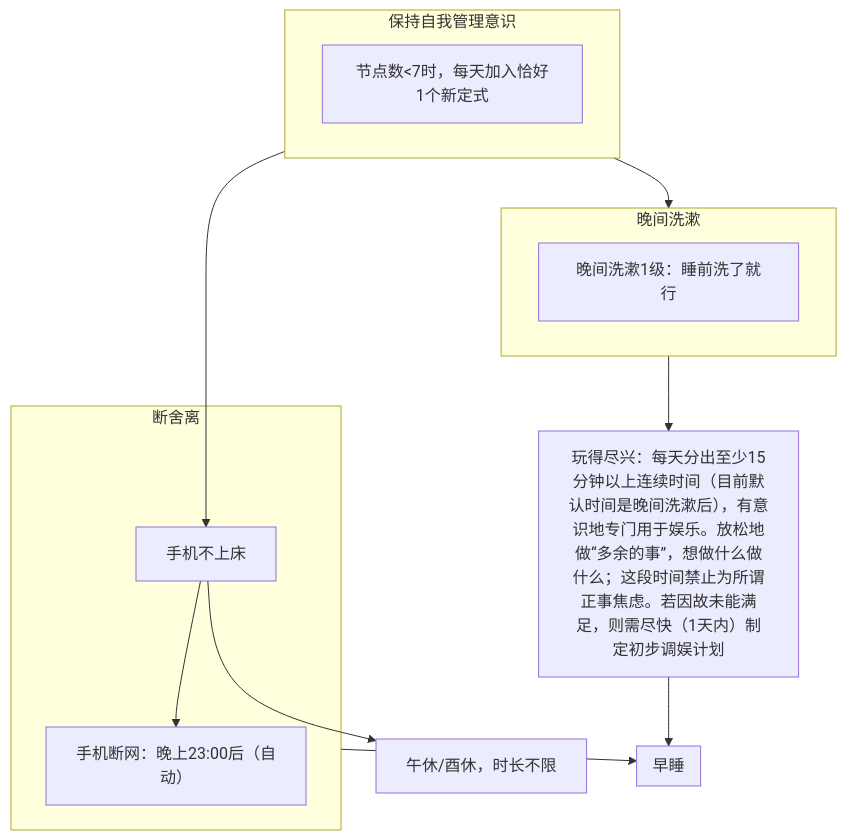
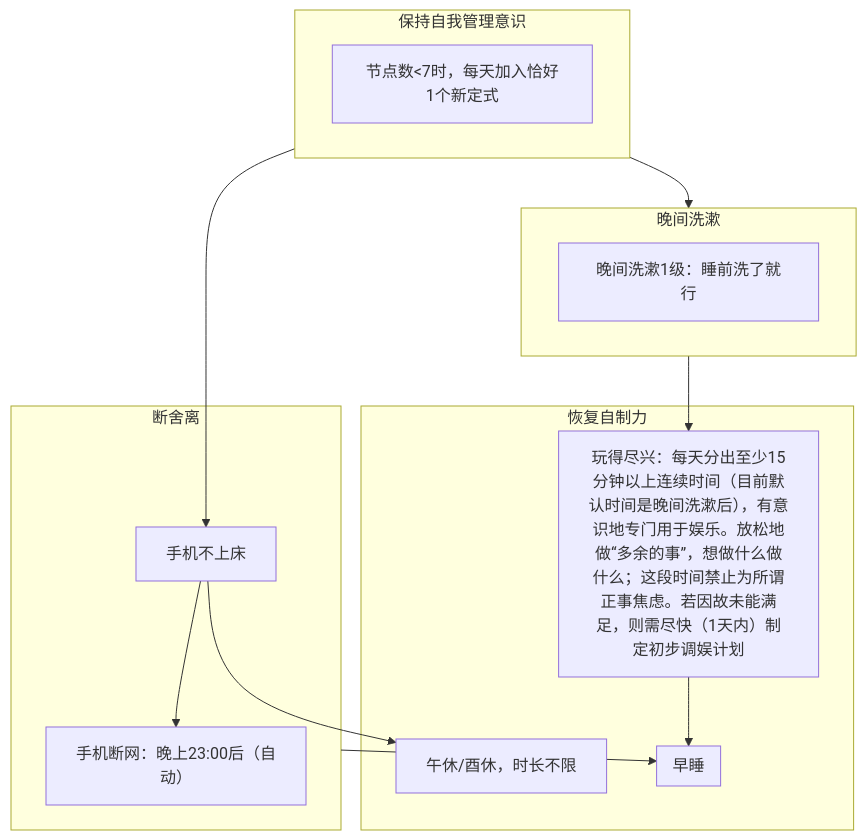
One commit to Ethkuil/RSIP-tree changed the diagram in README.md. Above: the diagram before and after it, drawn with Mermaid.

Commit message:
refactor & insert f[恢复自制力]

````diff
--- a/README.md
+++ b/README.md
@@ -7,27 +7,31 @@
 ```mermaid
 graph TD
 
 subgraph 5[保持自我管理意识]
 0[节点数<7时，每天加入恰好1个新定式]
 end
 
 5 --> 1
 subgraph d[断舍离]
 1[手机不上床]
 1 --> e[手机断网：晚上23:00后（自动）]
 end
 
-1 --> 2[午休/酉休，时长不限]
+1 --> 2
+d --> 9
+subgraph f[恢复自制力]
+2[午休/酉休，时长不限]
+8[玩得尽兴：每天分出至少15分钟以上连续时间（目前默认时间是晚间洗漱后），有意识地专门用于娱乐。放松地做“多余的事”，想做什么做什么；这段时间禁止为所谓正事焦虑。若因故未能满足，则需尽快（1天内）制定初步调娱计划]
+8 --> 9
+  subgraph 9[早睡]
+
+  end
+end
+6 --> 8
 
 5 --> 6
 subgraph 6[晚间洗漱]
 b[晚间洗漱1级：睡前洗了就行]
 end
-6 --> 8[玩得尽兴：每天分出至少15分钟以上连续时间（目前默认时间是晚间洗漱后），有意识地专门用于娱乐。放松地做“多余的事”，想做什么做什么；这段时间禁止为所谓正事焦虑。若因故未能满足，则需尽快（1天内）制定初步调娱计划]
 
-d --> 9
-8 --> 9
-subgraph 9[早睡]
-
-end
 ```
````
